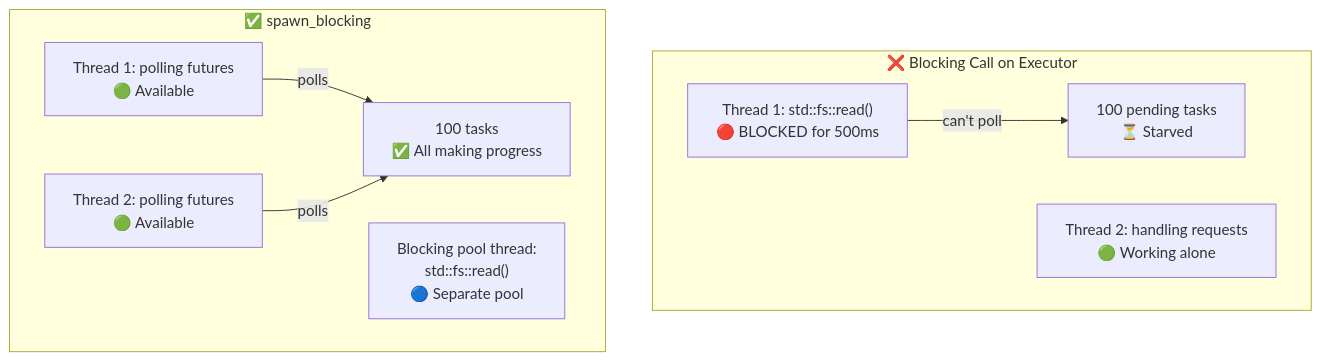
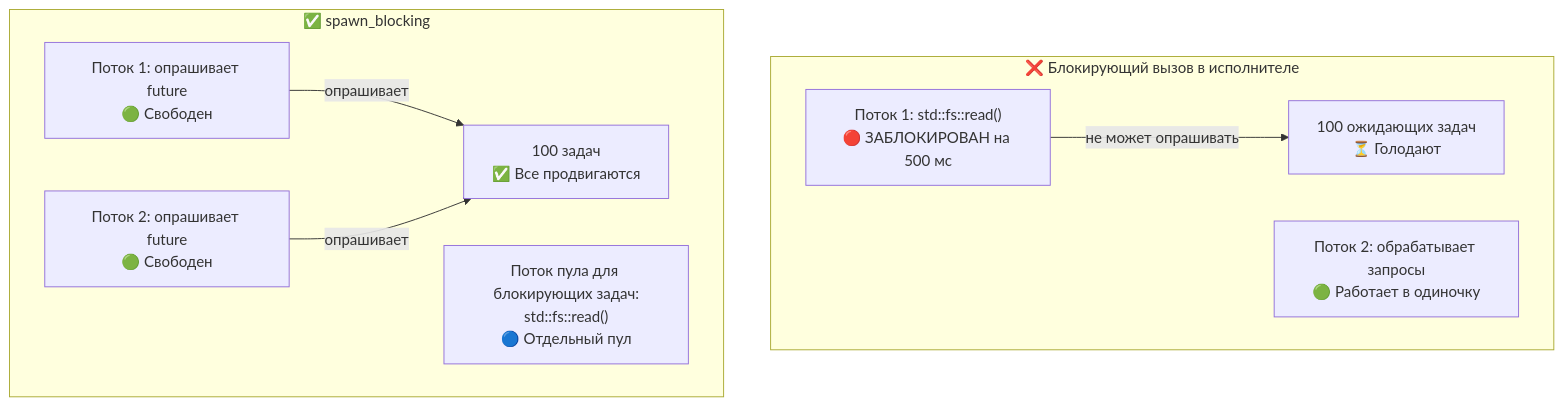
Before and after one commit to r007/RustTraining-Rus: the diagram in async-book/src/ch12-common-pitfalls.md, drawn with Mermaid. The commit also changed other lines of this file and 3 other files, not shown here.

````diff
--- a/async-book/src/ch12-common-pitfalls.md
+++ b/async-book/src/ch12-common-pitfalls.md
@@ -36,18 +36,18 @@
 ```mermaid
 graph TB
-    subgraph "❌ Blocking Call on Executor"
-        T1_BAD["Thread 1: std::fs::read()<br/>🔴 BLOCKED for 500ms"]
-        T2_BAD["Thread 2: handling requests<br/>🟢 Working alone"]
-        TASKS_BAD["100 pending tasks<br/>⏳ Starved"]
-        T1_BAD -->|"can't poll"| TASKS_BAD
+    subgraph "❌ Блокирующий вызов в исполнителе"
+        T1_BAD["Поток 1: std::fs::read()<br/>🔴 ЗАБЛОКИРОВАН на 500 мс"]
+        T2_BAD["Поток 2: обрабатывает запросы<br/>🟢 Работает в одиночку"]
+        TASKS_BAD["100 ожидающих задач<br/>⏳ Голодают"]
+        T1_BAD -->|"не может опрашивать"| TASKS_BAD
     end
 
     subgraph "✅ spawn_blocking"
-        T1_GOOD["Thread 1: polling futures<br/>🟢 Available"]
-        T2_GOOD["Thread 2: polling futures<br/>🟢 Available"]
-        BT["Blocking pool thread:<br/>std::fs::read()<br/>🔵 Separate pool"]
-        TASKS_GOOD["100 tasks<br/>✅ All making progress"]
-        T1_GOOD -->|"polls"| TASKS_GOOD
-        T2_GOOD -->|"polls"| TASKS_GOOD
+        T1_GOOD["Поток 1: опрашивает future<br/>🟢 Свободен"]
+        T2_GOOD["Поток 2: опрашивает future<br/>🟢 Свободен"]
+        BT["Поток пула для блокирующих задач:<br/>std::fs::read()<br/>🔵 Отдельный пул"]
+        TASKS_GOOD["100 задач<br/>✅ Все продвигаются"]
+        T1_GOOD -->|"опрашивает"| TASKS_GOOD
+        T2_GOOD -->|"опрашивает"| TASKS_GOOD
     end
 ```
````
